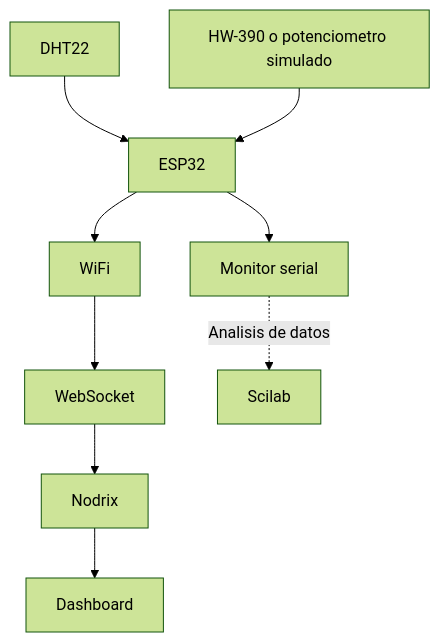
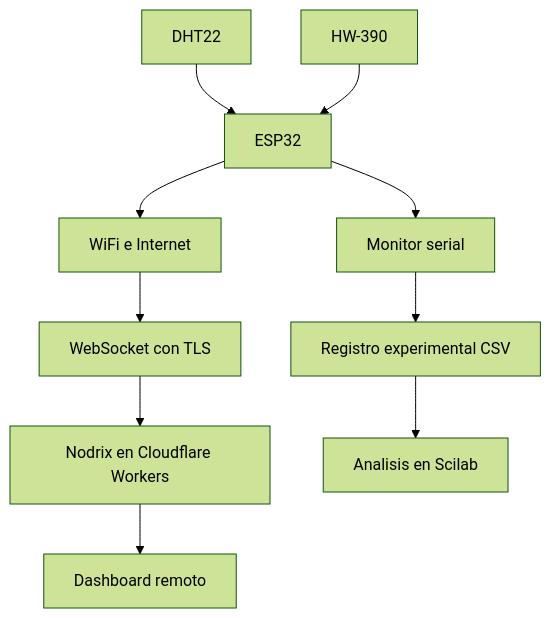
One commit to SergioAbeep/Proyecto_Sensorica_Huerta_Esp32_Iot changed the diagram in README.md. Above: the diagram before and after it, drawn with Mermaid (forest theme). The commit also changed other lines of this file, not shown here.

````diff
--- a/README.md
+++ b/README.md
@@ -99,11 +21,12 @@
 ```mermaid
 flowchart TD
     A[DHT22] --> C[ESP32]
-    B[HW-390 o potenciometro simulado] --> C
+    B[HW-390] --> C
     C --> D[Monitor serial]
-    C --> E[WiFi]
-    E --> F[WebSocket]
-    F --> G[Nodrix]
-    G --> H[Dashboard]
-    D -. Analisis de datos .-> I[Scilab]
+    C --> E[WiFi e Internet]
+    E --> F[WebSocket con TLS]
+    F --> G[Nodrix en Cloudflare Workers]
+    G --> H[Dashboard remoto]
+    D --> I[Registro experimental CSV]
+    I --> J[Analisis en Scilab]
 ```
````
